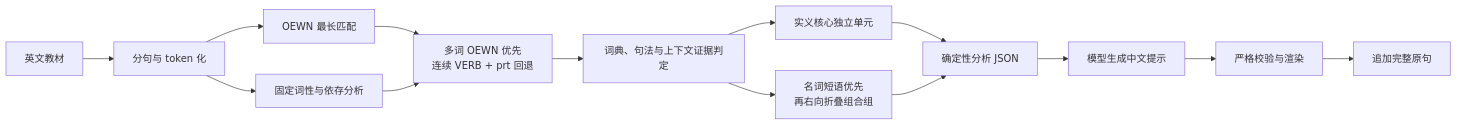
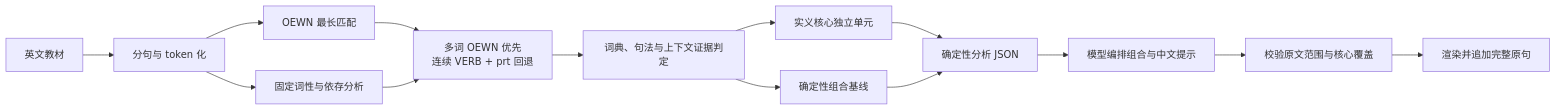
The diagram in docs/lexical-chunks-tooling.md (ReinerLau/phraseweave), drawn with Mermaid before and after one commit. The commit also changed other lines of this file and 7 other files, not shown here.

````diff
--- a/docs/lexical-chunks-tooling.md
+++ b/docs/lexical-chunks-tooling.md
@@ -251,16 +255,16 @@
 ```mermaid
 flowchart LR
     A[英文教材] --> B[分句与 token 化]
     B --> C[OEWN 最长匹配]
     B --> D[固定词性与依存分析]
     C --> E[多词 OEWN 优先<br/>连续 VERB + prt 回退]
     D --> E
     E --> F[词典、句法与上下文证据判定]
     F --> G[实义核心独立单元]
-    F --> H[名词短语优先<br/>再右向折叠组合组]
+    F --> H[确定性组合基线]
     G --> I[确定性分析 JSON]
     H --> I
-    I --> J[模型生成中文提示]
-    J --> K[严格校验与渲染]
-    K --> L[追加完整原句]
+    I --> J[模型编排组合与中文提示]
+    J --> K[校验原文范围与核心覆盖]
+    K --> L[渲染并追加完整原句]
 ```
````
